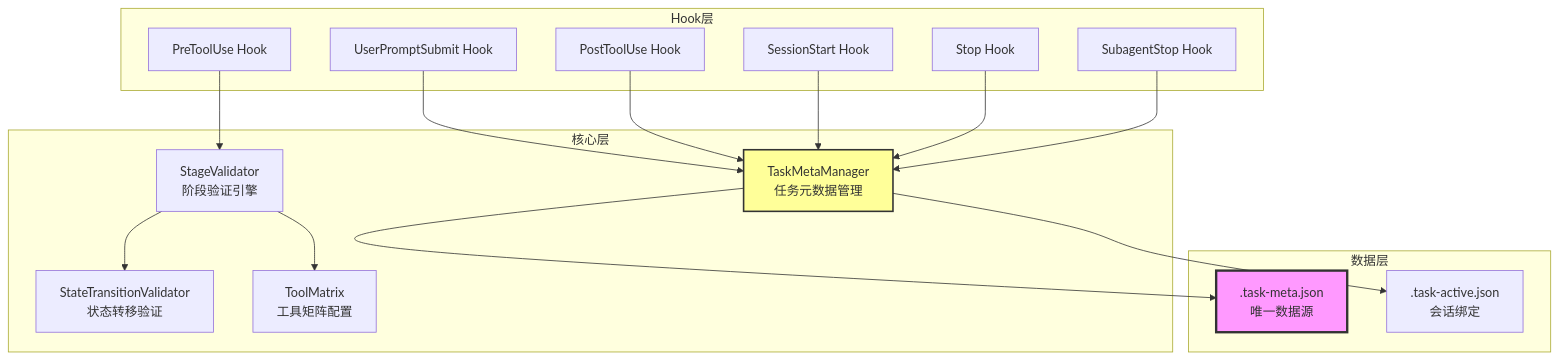
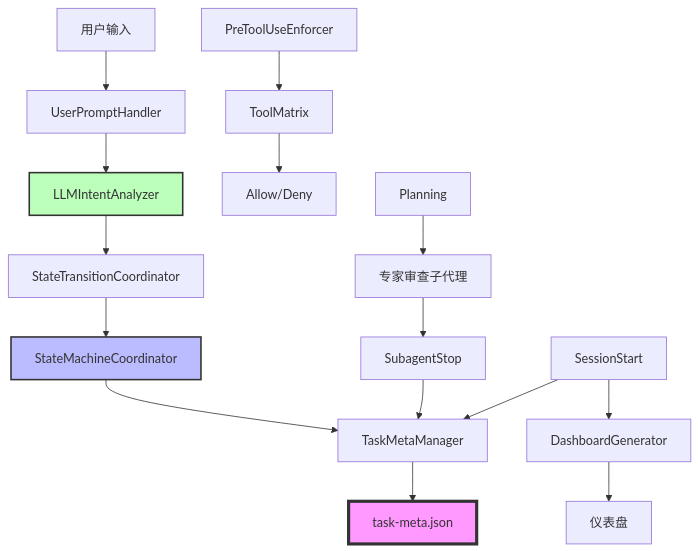
The first of 4 diagrams in docs/developer/Hook状态机功能实现.md (jju666/NeteaseMod-Claude), drawn with Mermaid before and after one commit. The commit also changed other lines of this file and 110 other files, not shown here.

````diff
--- a/docs/developer/Hook状态机功能实现.md
+++ b/docs/developer/Hook状态机功能实现.md
@@ -20,38 +20,24 @@
 ```mermaid
 graph TB
-    subgraph "Hook层"
-        UPS[UserPromptSubmit Hook]
-        PTU[PreToolUse Hook]
-        POTU[PostToolUse Hook]
-        SS[SessionStart Hook]
-        STOP[Stop Hook]
-        SUBSTOP[SubagentStop Hook]
-    end
+    User[用户输入] --> UPH[UserPromptHandler]
+    UPH --> LIA[LLMIntentAnalyzer]
+    LIA --> STC[StateTransitionCoordinator]
+    STC --> SMC[StateMachineCoordinator]
+    SMC --> TMM[TaskMetaManager]
+    TMM --> JSON[task-meta.json]
 
-    subgraph "核心层"
-        TMM[TaskMetaManager<br/>任务元数据管理]
-        STV[StateTransitionValidator<br/>状态转移验证]
-        SV[StageValidator<br/>阶段验证引擎]
-        TM[ToolMatrix<br/>工具矩阵配置]
-    end
+    PTU[PreToolUseEnforcer] --> TM[ToolMatrix]
+    TM --> Allow/Deny
 
-    subgraph "数据层"
-        META[.task-meta.json<br/>唯一数据源]
-        ACTIVE[.task-active.json<br/>会话绑定]
-    end
+    Planning --> Task[专家审查子代理]
+    Task --> SS[SubagentStop]
+    SS --> TMM
 
-    UPS --> TMM
-    PTU --> SV
-    POTU --> TMM
-    SS --> TMM
-    STOP --> TMM
-    SUBSTOP --> TMM
+    SessionStart --> TMM
+    SessionStart --> DG[DashboardGenerator]
+    DG --> 仪表盘
 
-    SV --> TM
-    SV --> STV
-    TMM --> META
-    TMM --> ACTIVE
-
-    style META fill:#f9f,stroke:#333,stroke-width:3px
-    style TMM fill:#ff9,stroke:#333,stroke-width:2px
+    style JSON fill:#f9f,stroke:#333,stroke-width:4px
+    style SMC fill:#bbf,stroke:#333,stroke-width:2px
+    style LIA fill:#bfb,stroke:#333,stroke-width:2px
 ```
````
